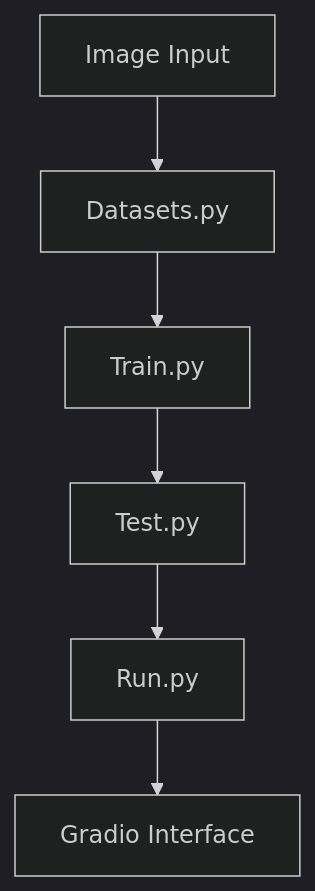
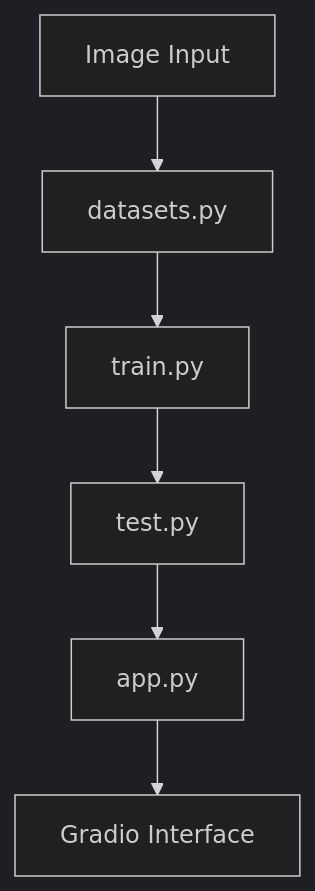
Before and after one commit to Mushrum-mmb/ResNet-Implementation-Drafts: the diagram in README.md, drawn with Mermaid (dark theme). The commit also changed other lines of this file, not shown here.

````diff
--- a/README.md
+++ b/README.md
@@ -211,8 +199,8 @@
 ```mermaid
 graph TD
-    A[Image Input] --> C[Datasets.py]
-    C --> D[Train.py]
-    D --> E[Test.py]
-    E --> F[Run.py]
+    A[Image Input] --> C[datasets.py]
+    C --> D[train.py]
+    D --> E[test.py]
+    E --> F[app.py]
     F --> G[Gradio Interface]
 ```
````
